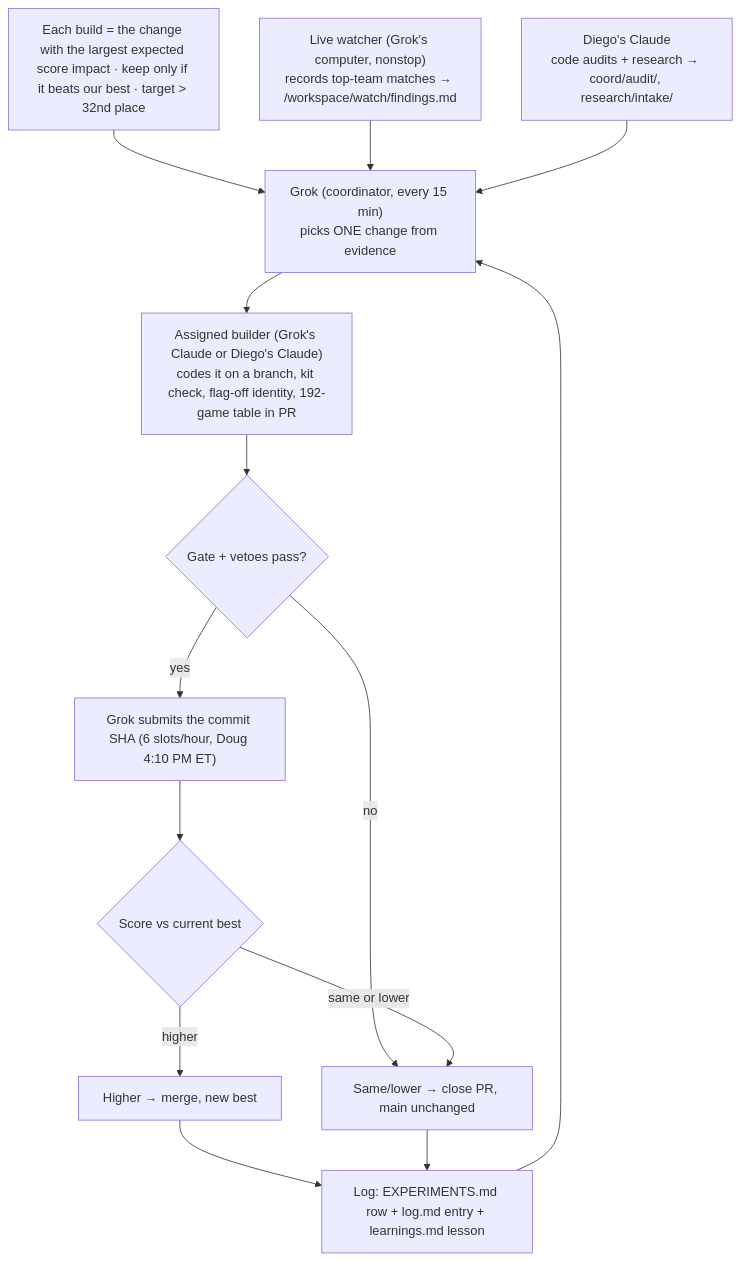
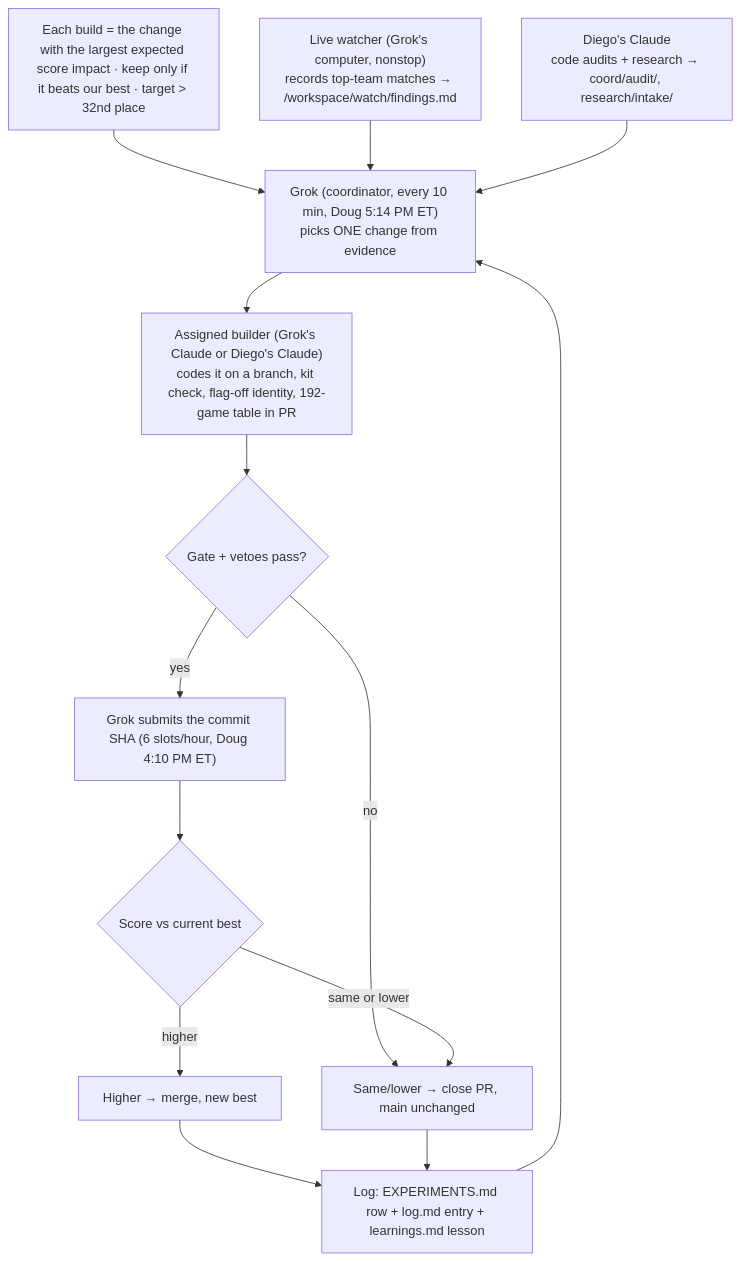
One commit to dmclaughlin-bit/mech-bot changed the diagram in coord/WORKFLOW.md. Above: the diagram before and after it, drawn with Mermaid.

Commit message:
WORKFLOW: loop every 10 min, one test per slot (Doug, Sat Nov 21 5:14 PM ET)

````diff
--- a/coord/WORKFLOW.md
+++ b/coord/WORKFLOW.md
@@ -17,22 +17,22 @@
 ```mermaid
 flowchart TD
     GOAL["Each build = the change with the largest expected score impact · keep only if it beats our best · target > 32nd place"]
     W["Live watcher (Grok's computer, nonstop)<br/>records top-team matches → /workspace/watch/findings.md"]
     D["Diego's Claude<br/>code audits + research → coord/audit/, research/intake/"]
-    G["Grok (coordinator, every 15 min)<br/>picks ONE change from evidence"]
+    G["Grok (coordinator, every 10 min, Doug 5:14 PM ET)<br/>picks ONE change from evidence"]
     C["Assigned builder (Grok's Claude or Diego's Claude)<br/>codes it on a branch, kit check, flag-off identity, 192-game table in PR"]
     S["Grok submits the commit SHA (6 slots/hour, Doug 4:10 PM ET)"]
     R{"Score vs current best"}
     K["Higher → merge, new best"]
     X["Same/lower → close PR, main unchanged"]
     L["Log: EXPERIMENTS.md row + log.md entry + learnings.md lesson"]
     GOAL --> G
     W --> G
     D --> G
     G --> C --> V{"Gate + vetoes pass?"}
     V -- no --> X
     V -- yes --> S --> R
     R -- higher --> K --> L
     R -- same or lower --> X --> L
     L --> G
 ```
````
